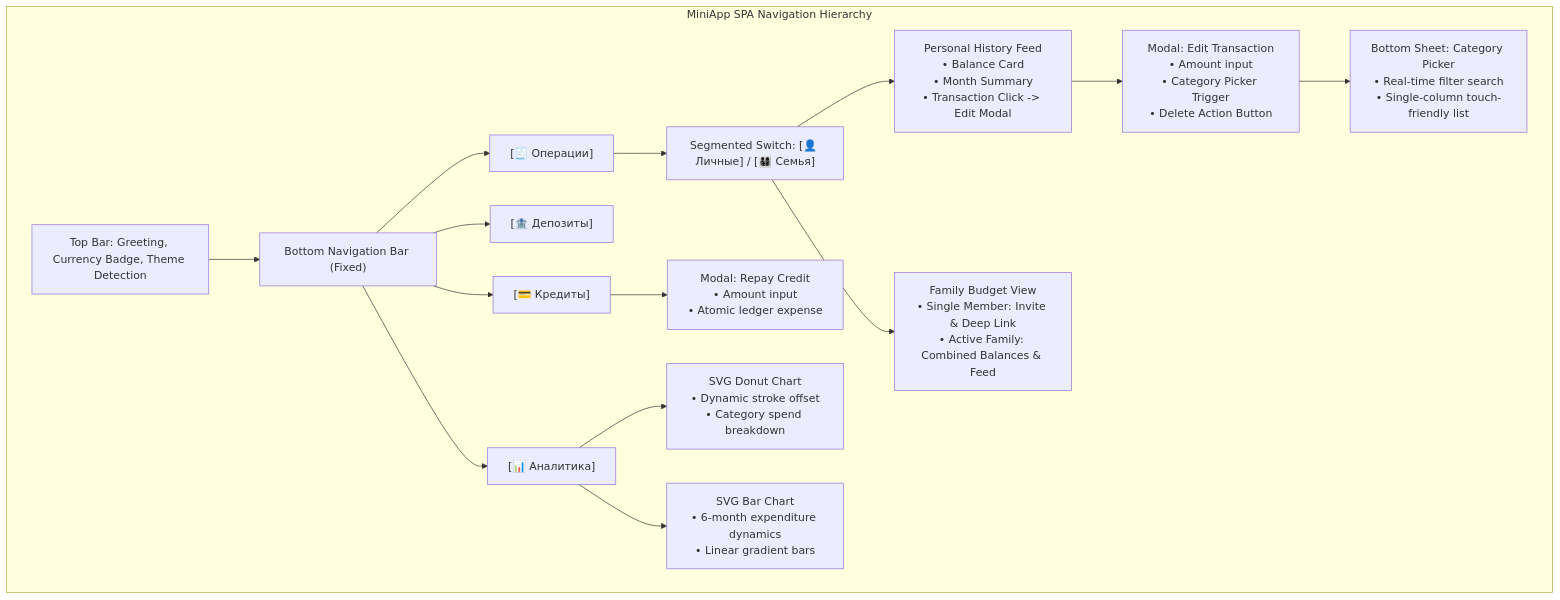
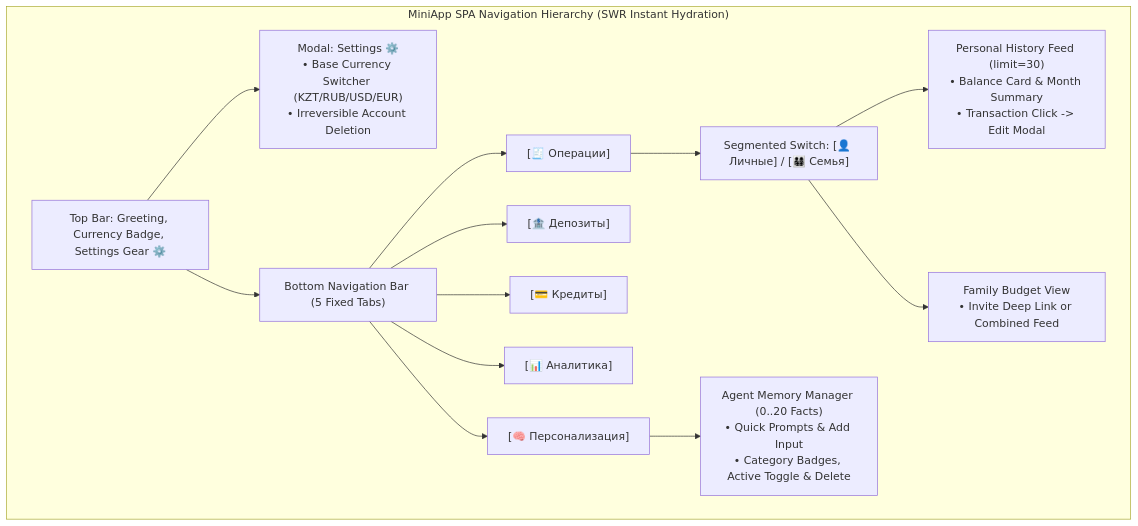
One commit to AntonioKolosov/smart-bujet changed the eighth of 8 diagrams in ARCHITECTURE.md. Above: the diagram before and after it, drawn with Mermaid. The commit also changed other lines of this file and 24 other files, not shown here.

Commit message:
feat(release): deploy personalization, Argon security & performance optimizations, enforce /start user agreement, and bump ARCHITECTURE.md to v2.7.0

````diff
--- a/ARCHITECTURE.md
+++ b/ARCHITECTURE.md
@@ -564,42 +517,32 @@
 ```mermaid
 graph TD
-    subgraph MiniAppRoot ["MiniApp SPA Navigation Hierarchy"]
-        TOP["Top Bar: Greeting, Currency Badge, Theme Detection"]
-        NAV["Bottom Navigation Bar (Fixed)"]
+    subgraph MiniAppRoot ["MiniApp SPA Navigation Hierarchy (SWR Instant Hydration)"]
+        TOP["Top Bar: Greeting, Currency Badge, Settings Gear ⚙️"]
+        NAV["Bottom Navigation Bar (5 Fixed Tabs)"]
 
         TAB_OPS["[🧾 Операции]"]
         TAB_ASSETS["[🏦 Депозиты]"]
         TAB_CREDITS["[💳 Кредиты]"]
         TAB_ANALYTICS["[📊 Аналитика]"]
+        TAB_FACTS["[🧠 Персонализация]"]
 
+        MODAL_SETTINGS["Modal: Settings ⚙️<br/>• Base Currency Switcher (KZT/RUB/USD/EUR)<br/>• Irreversible Account Deletion"]
         TOGGLE_OPS["Segmented Switch: [👤 Личные] / [👨‍👩‍👧‍👦 Семья]"]
-        VIEW_PERSONAL["Personal History Feed<br/>• Balance Card<br/>• Month Summary<br/>• Transaction Click -> Edit Modal"]
-        VIEW_FAMILY["Family Budget View<br/>• Single Member: Invite & Deep Link<br/>• Active Family: Combined Balances & Feed"]
-
-        MODAL_EDIT["Modal: Edit Transaction<br/>• Amount input<br/>• Category Picker Trigger<br/>• Delete Action Button"]
-        SHEET_CAT["Bottom Sheet: Category Picker<br/>• Real-time filter search<br/>• Single-column touch-friendly list"]
-
-        MODAL_CREDIT["Modal: Repay Credit<br/>• Amount input<br/>• Atomic ledger expense"]
-
-        CHART_DONUT["SVG Donut Chart<br/>• Dynamic stroke offset<br/>• Category spend breakdown"]
-        CHART_BAR["SVG Bar Chart<br/>• 6-month expenditure dynamics<br/>• Linear gradient bars"]
+        VIEW_PERSONAL["Personal History Feed (limit=30)<br/>• Balance Card & Month Summary<br/>• Transaction Click -> Edit Modal"]
+        VIEW_FAMILY["Family Budget View<br/>• Invite Deep Link or Combined Feed"]
+        VIEW_FACTS["Agent Memory Manager (0..20 Facts)<br/>• Quick Prompts & Add Input<br/>• Category Badges, Active Toggle & Delete"]
     end
 
+    TOP --> MODAL_SETTINGS
     TOP --> NAV
     NAV --> TAB_OPS
     NAV --> TAB_ASSETS
     NAV --> TAB_CREDITS
     NAV --> TAB_ANALYTICS
+    NAV --> TAB_FACTS
 
     TAB_OPS --> TOGGLE_OPS
     TOGGLE_OPS --> VIEW_PERSONAL
     TOGGLE_OPS --> VIEW_FAMILY
-
-    VIEW_PERSONAL --> MODAL_EDIT
-    MODAL_EDIT --> SHEET_CAT
-
-    TAB_CREDITS --> MODAL_CREDIT
-
-    TAB_ANALYTICS --> CHART_DONUT
-    TAB_ANALYTICS --> CHART_BAR
+    TAB_FACTS --> VIEW_FACTS
 ```
````
